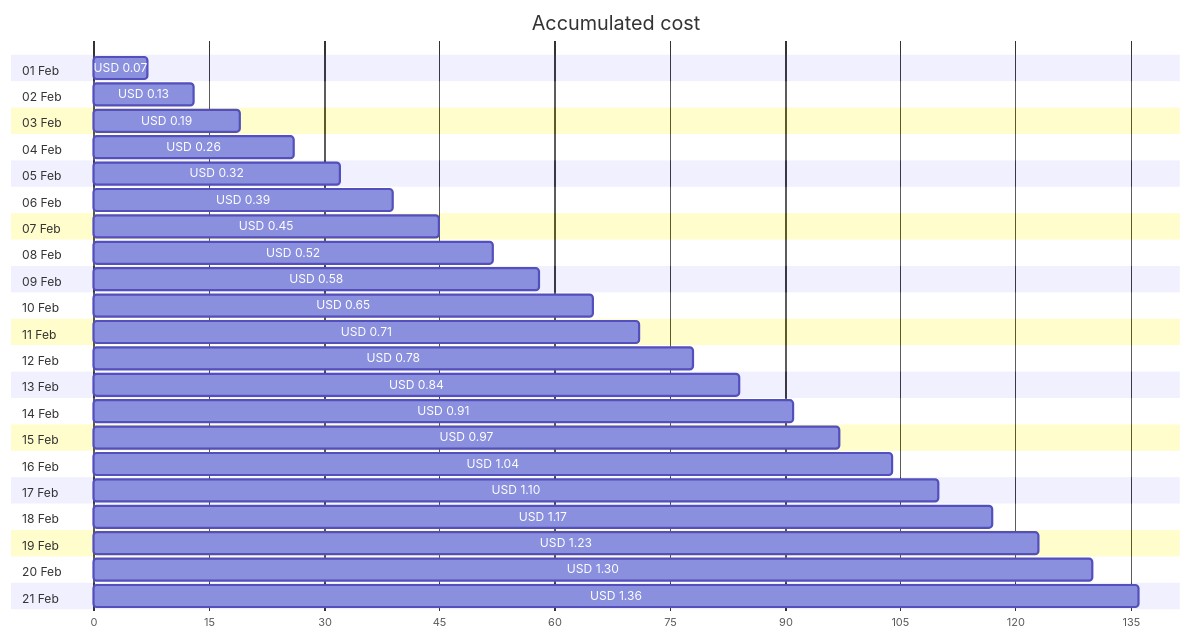
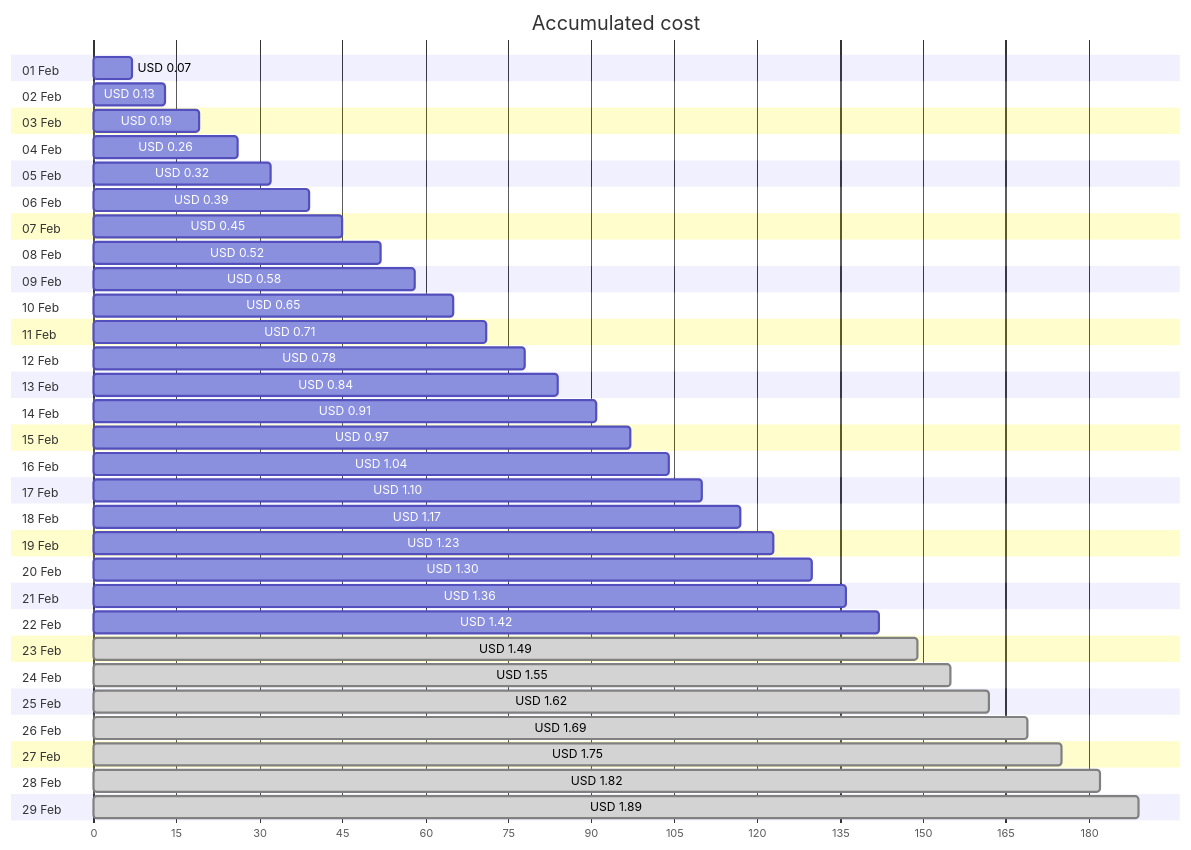
One commit to jpfulton/azure-personal-reports changed the first of 4 diagrams in cost-reports/personal-network/backup-server_OsDisk.md. Above: the diagram before and after it, drawn with Mermaid. The commit also changed other lines of this file and 8 other files, not shown here.

````diff
--- a/cost-reports/personal-network/backup-server_OsDisk.md
+++ b/cost-reports/personal-network/backup-server_OsDisk.md
@@ -20,48 +20,64 @@
 ```mermaid
 gantt
    title Accumulated cost
    dateFormat  X
    axisFormat %s
    section 01 Feb
    USD 0.07 :0, 7
    section 02 Feb
    USD 0.13 :0, 13
    section 03 Feb
    USD 0.19 :0, 19
    section 04 Feb
    USD 0.26 :0, 26
    section 05 Feb
    USD 0.32 :0, 32
    section 06 Feb
    USD 0.39 :0, 39
    section 07 Feb
    USD 0.45 :0, 45
    section 08 Feb
    USD 0.52 :0, 52
    section 09 Feb
    USD 0.58 :0, 58
    section 10 Feb
    USD 0.65 :0, 65
    section 11 Feb
    USD 0.71 :0, 71
    section 12 Feb
    USD 0.78 :0, 78
    section 13 Feb
    USD 0.84 :0, 84
    section 14 Feb
    USD 0.91 :0, 91
    section 15 Feb
    USD 0.97 :0, 97
    section 16 Feb
    USD 1.04 :0, 104
    section 17 Feb
    USD 1.10 :0, 110
    section 18 Feb
    USD 1.17 :0, 117
    section 19 Feb
    USD 1.23 :0, 123
    section 20 Feb
    USD 1.30 :0, 130
    section 21 Feb
    USD 1.36 :0, 136
+   section 22 Feb
+   USD 1.42 :0, 142
+   section 23 Feb
+   USD 1.49 : done, 0, 149
+   section 24 Feb
+   USD 1.55 : done, 0, 155
+   section 25 Feb
+   USD 1.62 : done, 0, 162
+   section 26 Feb
+   USD 1.69 : done, 0, 169
+   section 27 Feb
+   USD 1.75 : done, 0, 175
+   section 28 Feb
+   USD 1.82 : done, 0, 182
+   section 29 Feb
+   USD 1.89 : done, 0, 189
 ```
````
